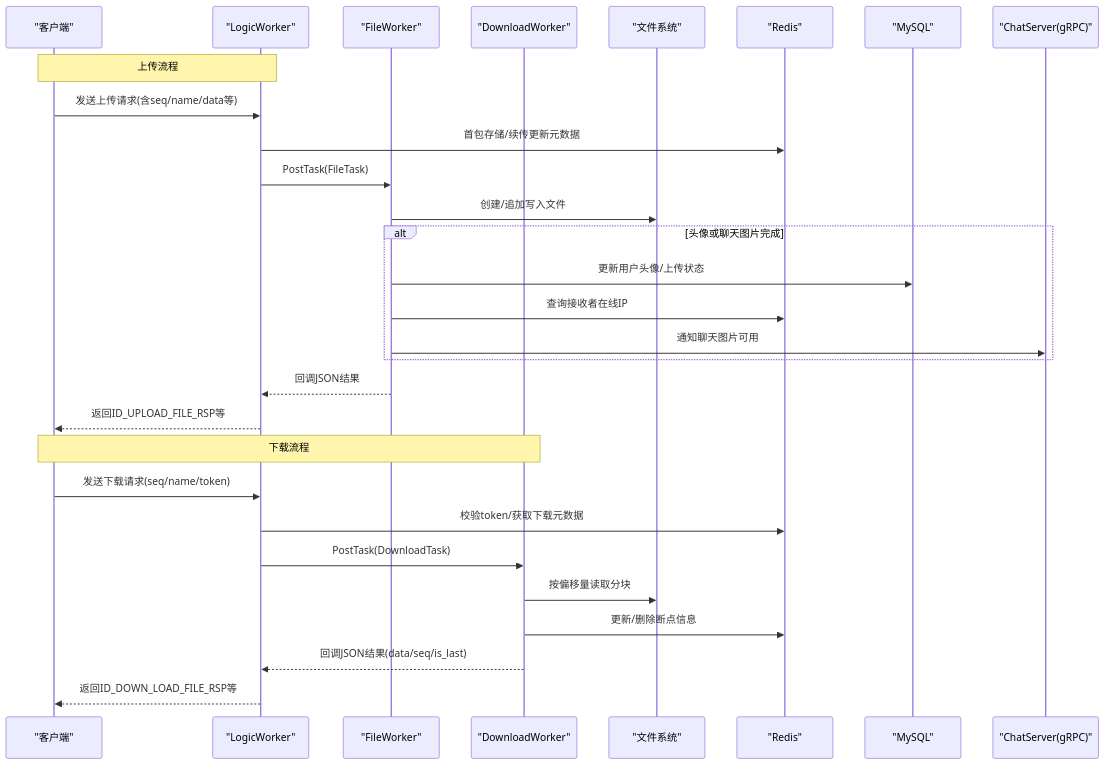
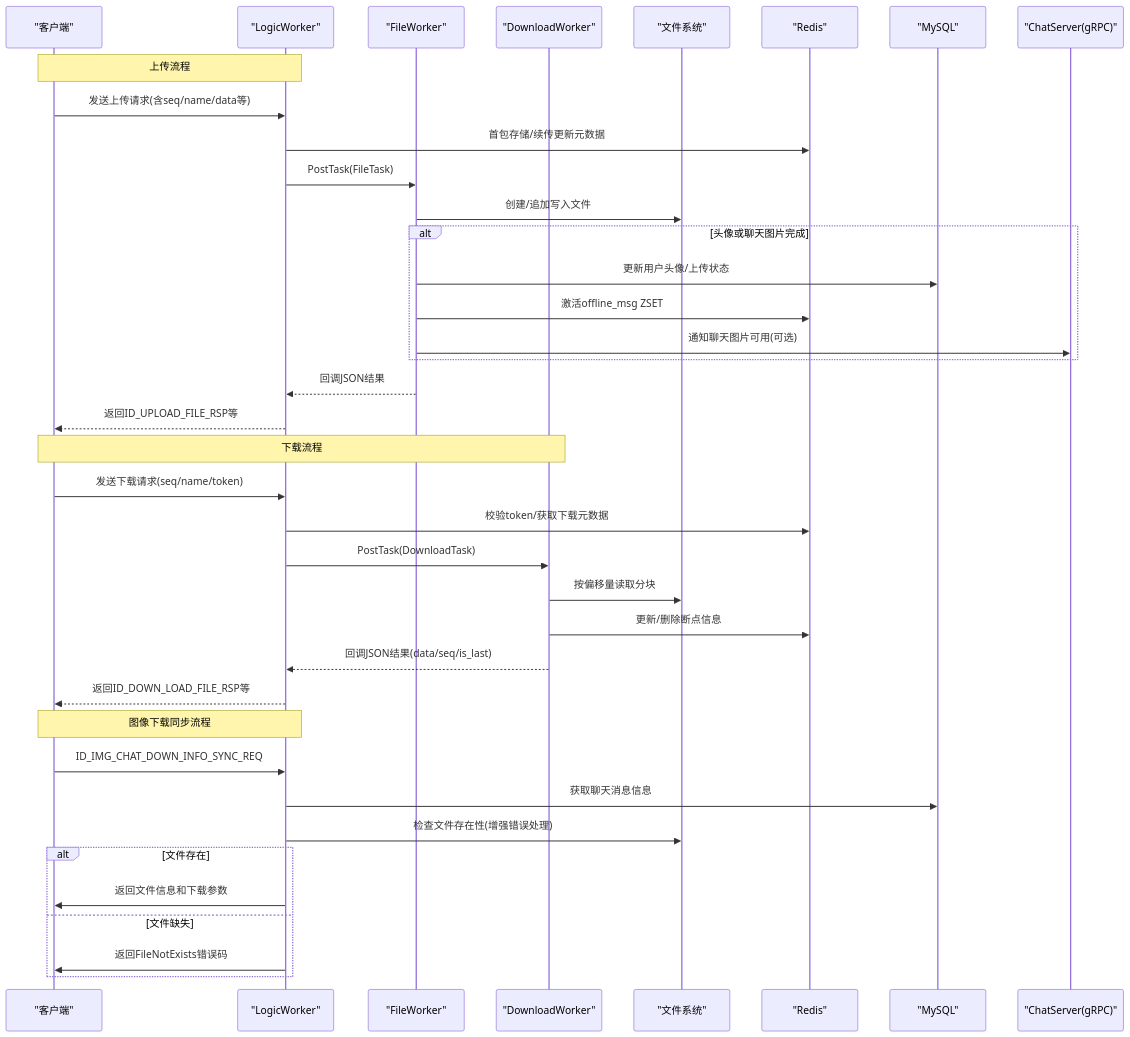
The second of 7 diagrams in .qoder/repowiki/zh/content/架构设计/微服务架构设计/ResourceServer资源存储服务/文件工作线程系统.md (echo9923/mychatter), drawn with Mermaid before and after one commit. The commit also changed other lines of this file and 54 other files, not shown here.

````diff
--- a/.qoder/repowiki/zh/content/架构设计/微服务架构设计/ResourceServer资源存储服务/文件工作线程系统.md
+++ b/.qoder/repowiki/zh/content/架构设计/微服务架构设计/ResourceServer资源存储服务/文件工作线程系统.md
@@ -84,31 +89,40 @@
 ```mermaid
 sequenceDiagram
 participant Client as "客户端"
 participant Logic as "LogicWorker"
 participant FileW as "FileWorker"
 participant DownW as "DownloadWorker"
 participant FS as "文件系统"
 participant RDS as "Redis"
 participant DB as "MySQL"
 participant GRPC as "ChatServer(gRPC)"
 Note over Client,Logic : 上传流程
 Client->>Logic : 发送上传请求(含seq/name/data等)
 Logic->>RDS : 首包存储/续传更新元数据
 Logic->>FileW : PostTask(FileTask)
 FileW->>FS : 创建/追加写入文件
 alt 头像或聊天图片完成
 FileW->>DB : 更新用户头像/上传状态
-FileW->>RDS : 查询接收者在线IP
-FileW->>GRPC : 通知聊天图片可用
+FileW->>RDS : 激活offline_msg ZSET
+FileW->>GRPC : 通知聊天图片可用(可选)
 end
 FileW-->>Logic : 回调JSON结果
 Logic-->>Client : 返回ID_UPLOAD_FILE_RSP等
 Note over Client,DownW : 下载流程
 Client->>Logic : 发送下载请求(seq/name/token)
 Logic->>RDS : 校验token/获取下载元数据
 Logic->>DownW : PostTask(DownloadTask)
 DownW->>FS : 按偏移量读取分块
 DownW->>RDS : 更新/删除断点信息
 DownW-->>Logic : 回调JSON结果(data/seq/is_last)
 Logic-->>Client : 返回ID_DOWN_LOAD_FILE_RSP等
+Note over Client,Logic : 图像下载同步流程
+Client->>Logic : ID_IMG_CHAT_DOWN_INFO_SYNC_REQ
+Logic->>DB : 获取聊天消息信息
+Logic->>FS : 检查文件存在性(增强错误处理)
+alt 文件存在
+Logic->>Client : 返回文件信息和下载参数
+else 文件缺失
+Logic->>Client : 返回FileNotExists错误码
+end
 ```
````
